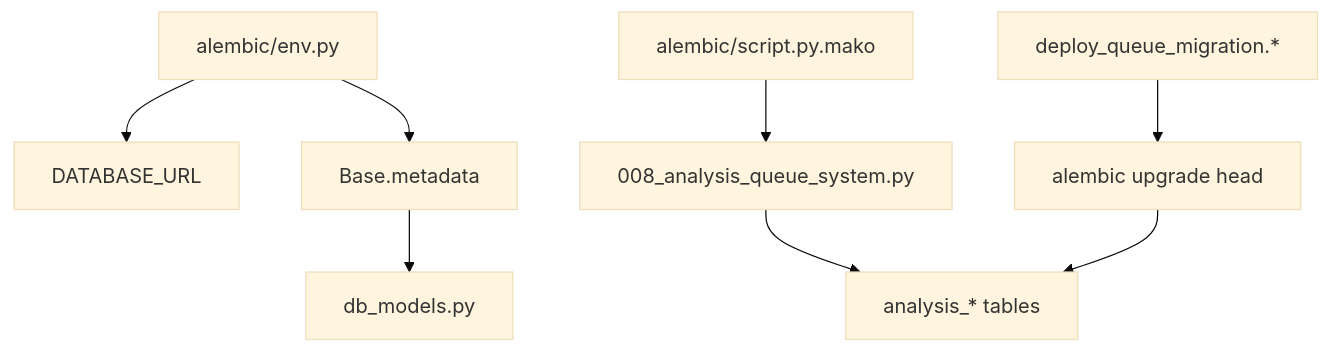
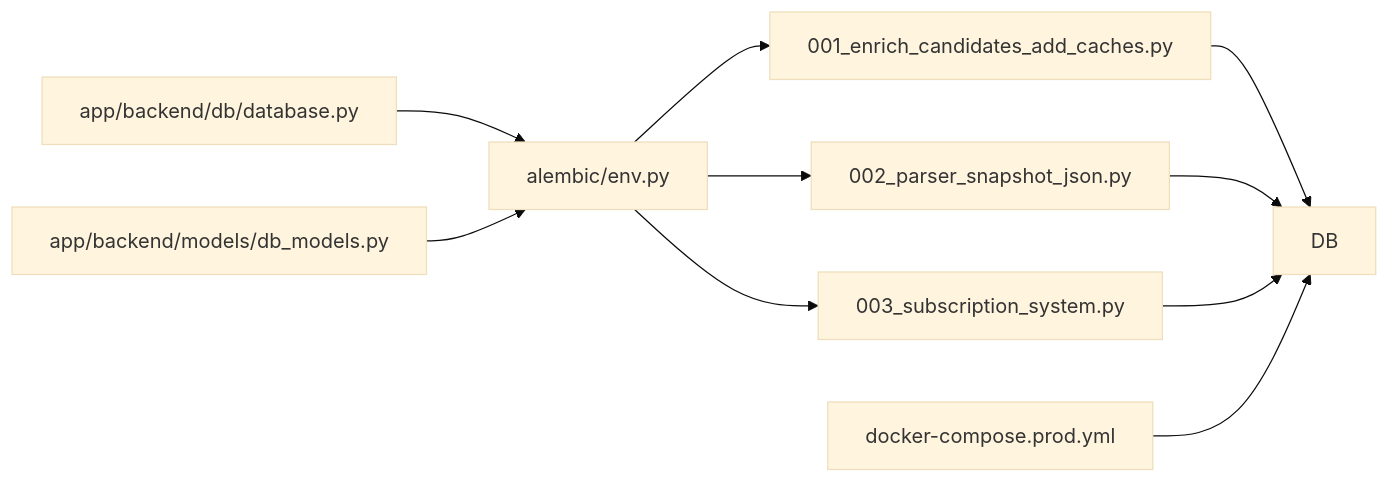
The sixth of 6 diagrams in .qoder/repowiki/en/content/Database Design/Migration Management.md (Revanththetalogics/aireume), drawn with Mermaid (base theme) before and after one commit. The commit also changed other lines of this file and 58 other files, not shown here.

````diff
--- a/.qoder/repowiki/en/content/Database Design/Migration Management.md
+++ b/.qoder/repowiki/en/content/Database Design/Migration Management.md
@@ -338,10 +363,12 @@
 ```mermaid
-graph TB
-Env["alembic/env.py"] --> DBConf["DATABASE_URL"]
-Env --> Meta["Base.metadata"]
-Meta --> Models["db_models.py"]
-Tmpl["alembic/script.py.mako"] --> Mig["008_analysis_queue_system.py"]
-Mig --> Tables["analysis_* tables"]
-Scripts["deploy_queue_migration.*"] --> AlembicCLI["alembic upgrade head"]
-AlembicCLI --> Tables
+graph LR
+DBPY["app/backend/db/database.py"] --> ENV["alembic/env.py"]
+MODELS["app/backend/models/db_models.py"] --> ENV
+ENV --> V1["001_enrich_candidates_add_caches.py"]
+ENV --> V2["002_parser_snapshot_json.py"]
+ENV --> V3["003_subscription_system.py"]
+V1 --> DB
+V2 --> DB
+V3 --> DB
+PROD["docker-compose.prod.yml"] --> DB
 ```
````
